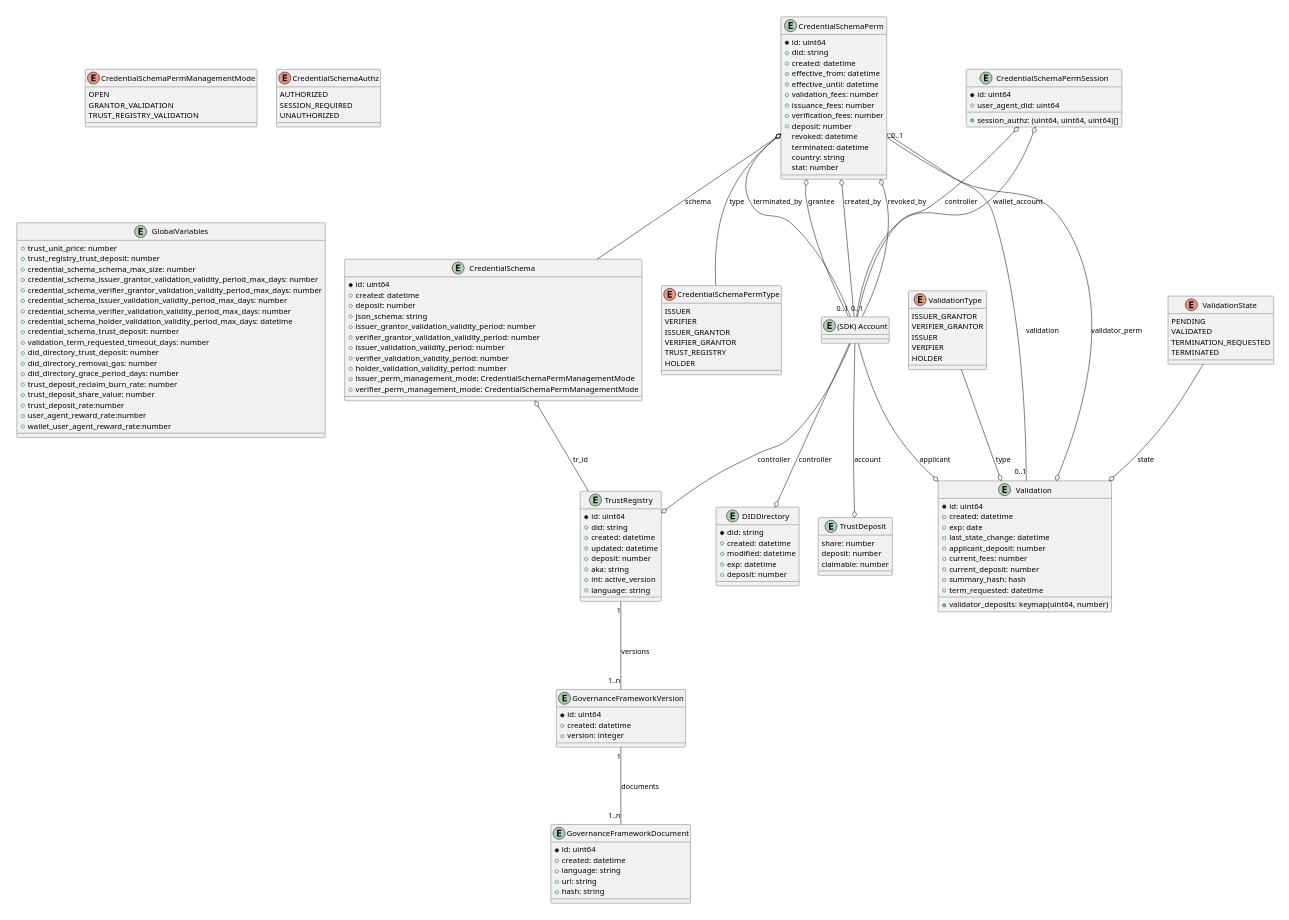
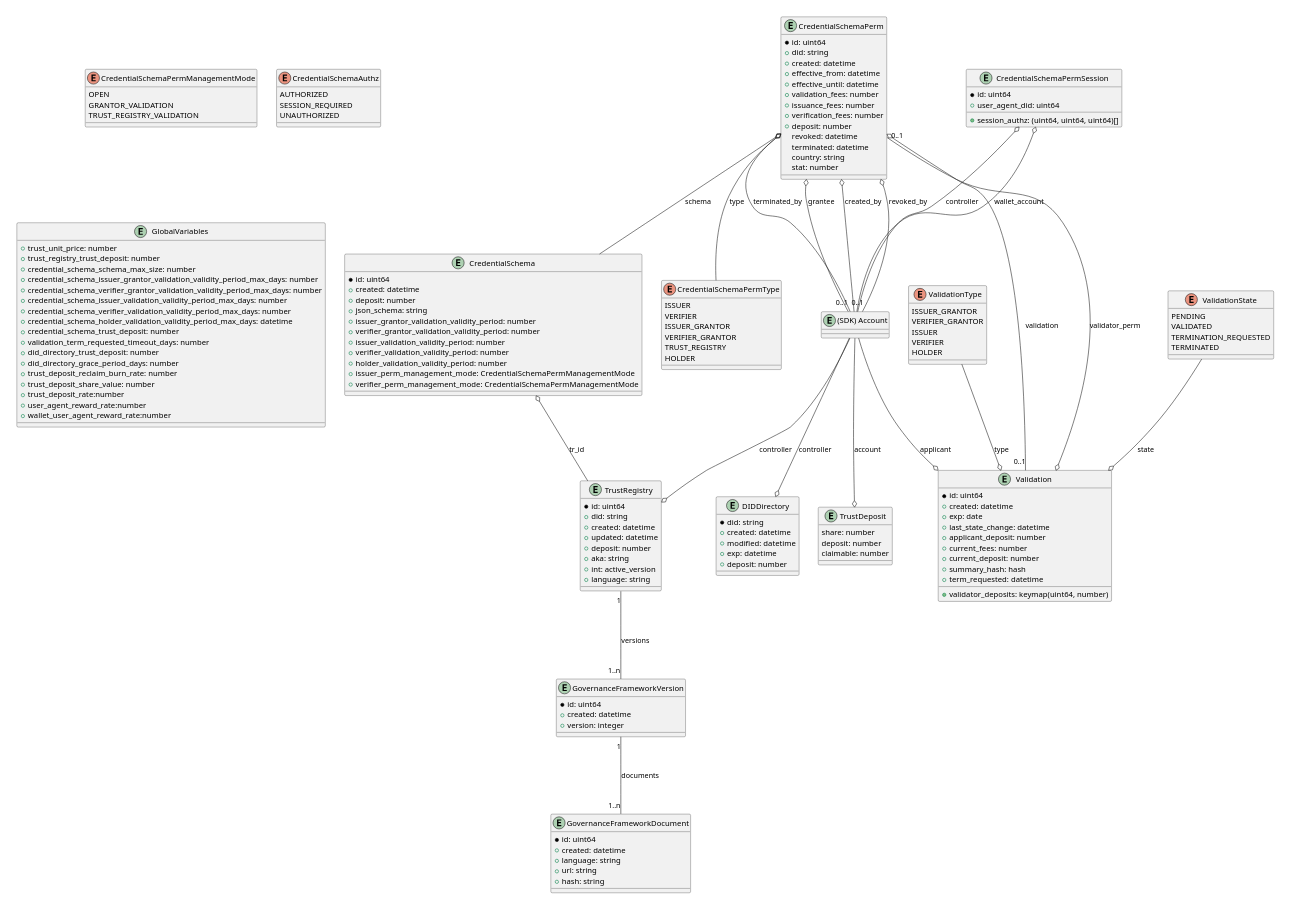
One commit to verana-labs/verifiable-trust-vpr-spec changed the sixth of 12 diagrams in spec.md. Above: the diagram before and after it, drawn with PlantUML. The commit also changed other lines of this file and 1 other file, not shown here.

Commit message:
removed DID Directory removal fee escrow

```diff
--- a/spec.md
+++ b/spec.md
@@ -754,7 +754,6 @@
   +credential_schema_trust_deposit: number
   +validation_term_requested_timeout_days: number
   +did_directory_trust_deposit: number
-  +did_directory_removal_gas: number
   +did_directory_grace_period_days: number
   +trust_deposit_reclaim_burn_rate: number
   +trust_deposit_share_value: number
```
